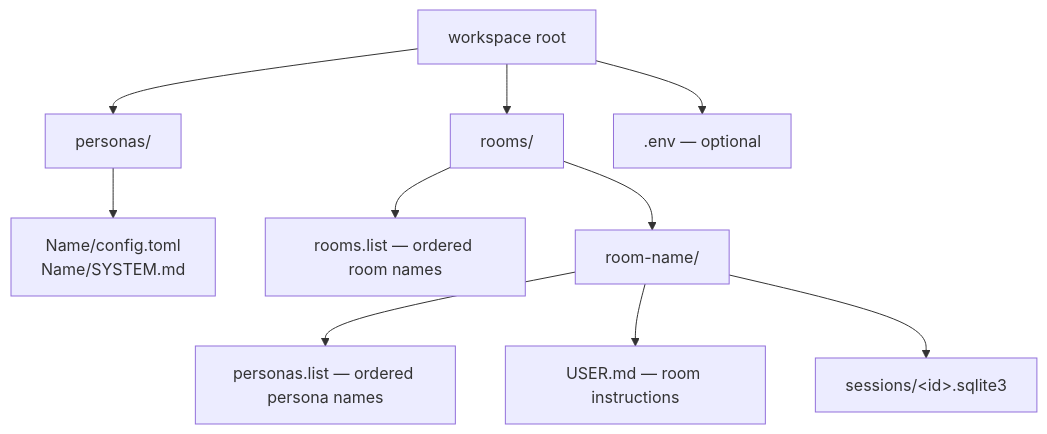
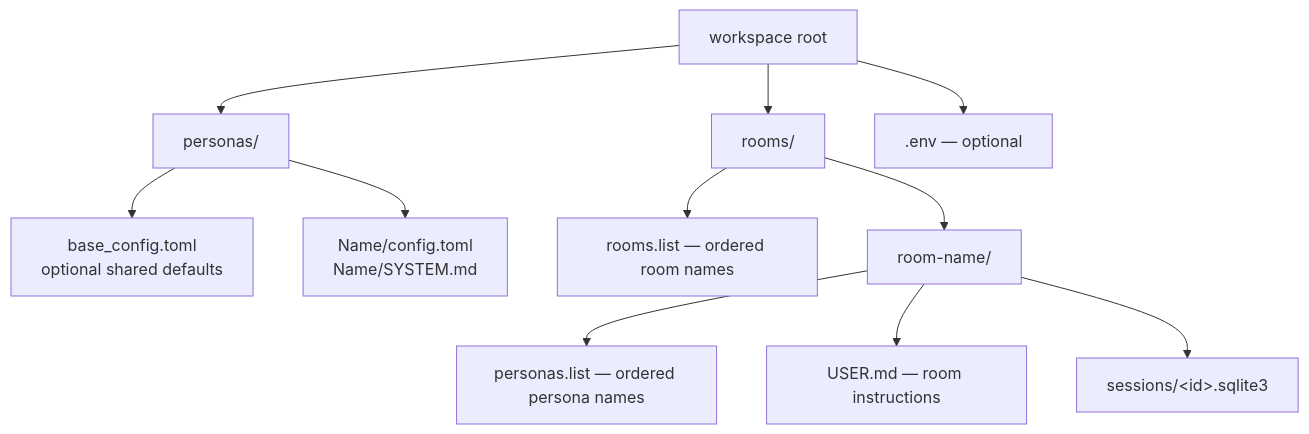
The first of 4 diagrams in src/session/README.md (michaelpopov/cha), drawn with Mermaid before and after one commit. The commit also changed other lines of this file and 15 other files, not shown here.

````diff
--- a/src/session/README.md
+++ b/src/session/README.md
@@ -22,12 +22,13 @@
 ```mermaid
 flowchart TD
     root["workspace root"] --> personas["personas/"]
     root --> rooms["rooms/"]
     root --> env[".env — optional"]
+    personas --> base["base_config.toml<br/>optional shared defaults"]
     personas --> p1["Name/config.toml<br/>Name/SYSTEM.md"]
     rooms --> list["rooms.list — ordered room names"]
     rooms --> room["room-name/"]
     room --> plist["personas.list — ordered persona names"]
     room --> user["USER.md — room instructions"]
     room --> sessions["sessions/&lt;id&gt;.sqlite3"]
 ```
````
